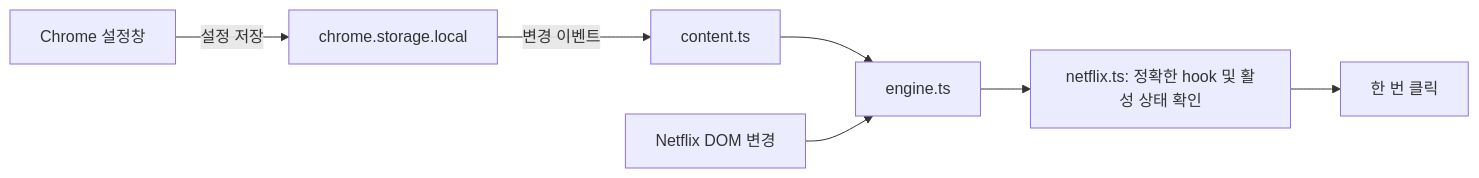
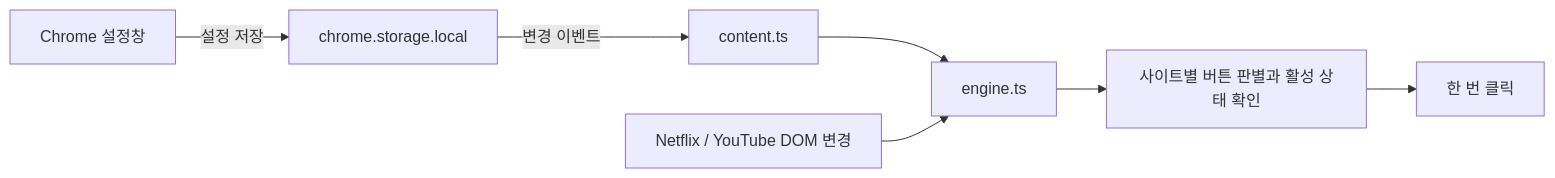
Before and after one commit to ing2720/broskip: the diagram in docs/ARCHITECTURE.md, drawn with Mermaid. The commit also changed other lines of this file and 24 other files, not shown here.

Commit message:
feat: auto-click enabled YouTube ad skip controls

````diff
--- a/docs/ARCHITECTURE.md
+++ b/docs/ARCHITECTURE.md
@@ -3,9 +3,9 @@
 ```mermaid
 flowchart LR
   UI[Chrome 설정창] -->|설정 저장| Storage[chrome.storage.local]
   Storage -->|변경 이벤트| Content[content.ts]
   Content --> Engine[engine.ts]
-  DOM[Netflix DOM 변경] --> Engine
-  Engine --> Adapter[netflix.ts: 정확한 hook 및 활성 상태 확인]
+  DOM[Netflix / YouTube DOM 변경] --> Engine
+  Engine --> Adapter[사이트별 버튼 판별과 활성 상태 확인]
   Adapter --> Click[한 번 클릭]
 ```
````
